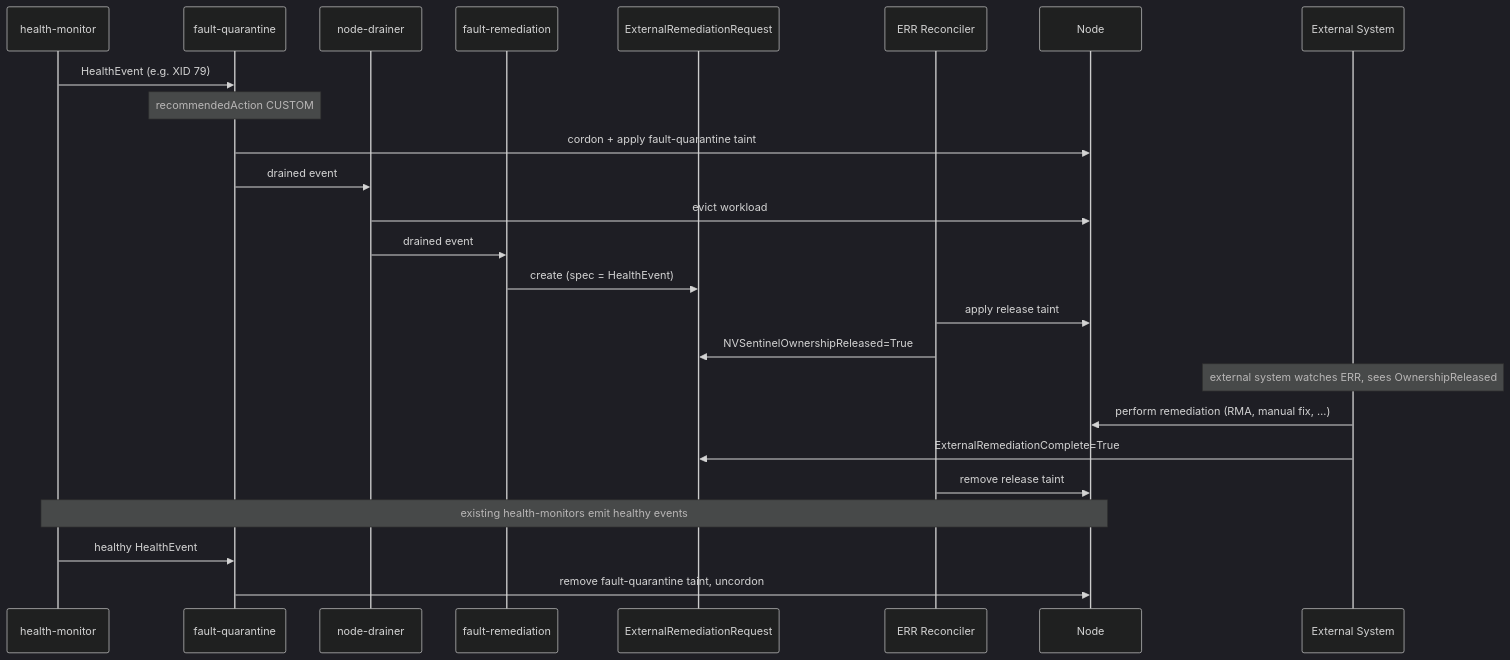
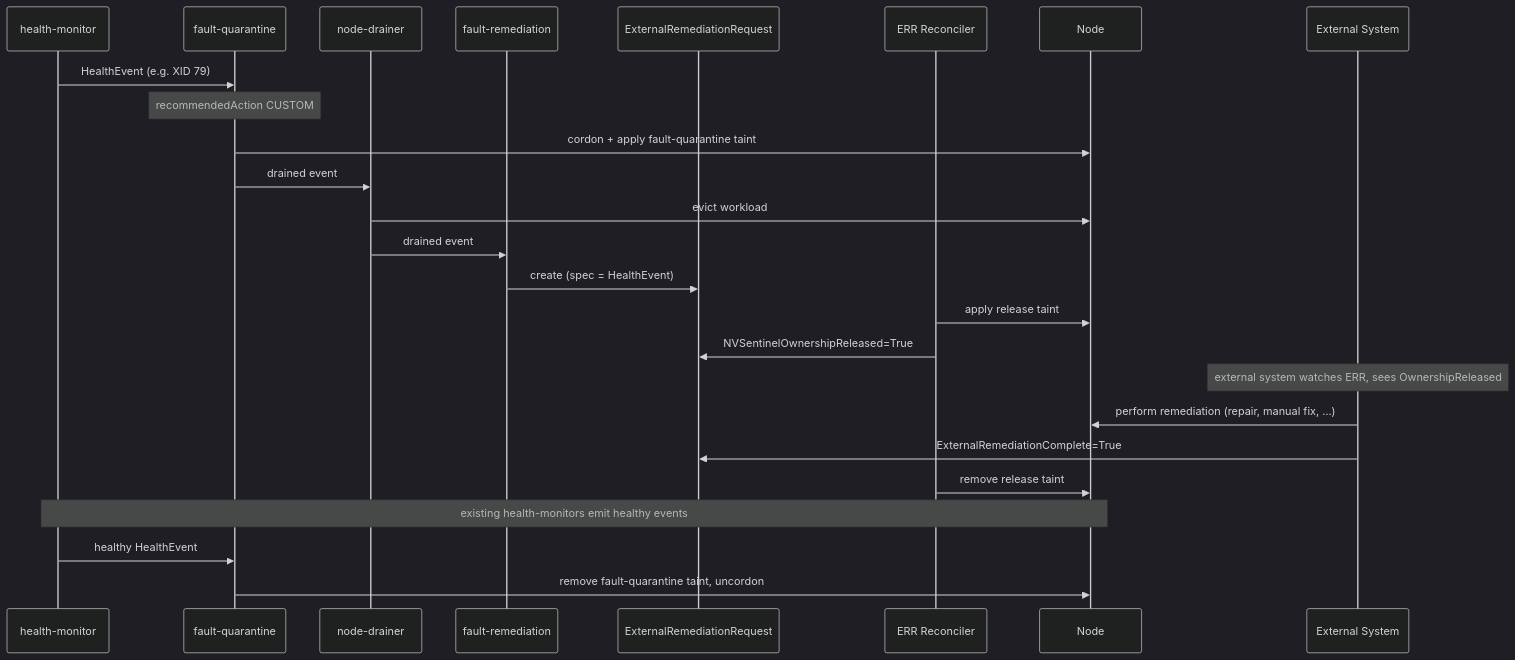
Before and after one commit to NVIDIA/NVSentinel: the first of 2 diagrams in docs/designs/040-external-remediations.md, drawn with Mermaid (dark theme). The commit also changed other lines of this file, not shown here.

````diff
--- a/docs/designs/040-external-remediations.md
+++ b/docs/designs/040-external-remediations.md
@@ -530,28 +530,28 @@
 ```mermaid
 sequenceDiagram
     participant HM as health-monitor
     participant FQ as fault-quarantine
     participant ND as node-drainer
     participant FR as fault-remediation
     participant ERR as ExternalRemediationRequest
     participant RC as ERR Reconciler
     participant N as Node
     participant EXT as External System
 
     HM->>FQ: HealthEvent (e.g. XID 79)
     Note over FQ: recommendedAction CUSTOM
     FQ->>N: cordon + apply fault-quarantine taint
     FQ->>ND: drained event
     ND->>N: evict workload
     ND->>FR: drained event
     FR->>ERR: create (spec = HealthEvent)
     RC->>N: apply release taint
     RC->>ERR: NVSentinelOwnershipReleased=True
     Note over EXT: external system watches ERR, sees OwnershipReleased
-    EXT->>N: perform remediation (RMA, manual fix, …)
+    EXT->>N: perform remediation (repair, manual fix, …)
     EXT->>ERR: ExternalRemediationComplete=True
     RC->>N: remove release taint
     Note over HM,N: existing health-monitors emit healthy events
     HM->>FQ: healthy HealthEvent
     FQ->>N: remove fault-quarantine taint, uncordon
 ```
````
